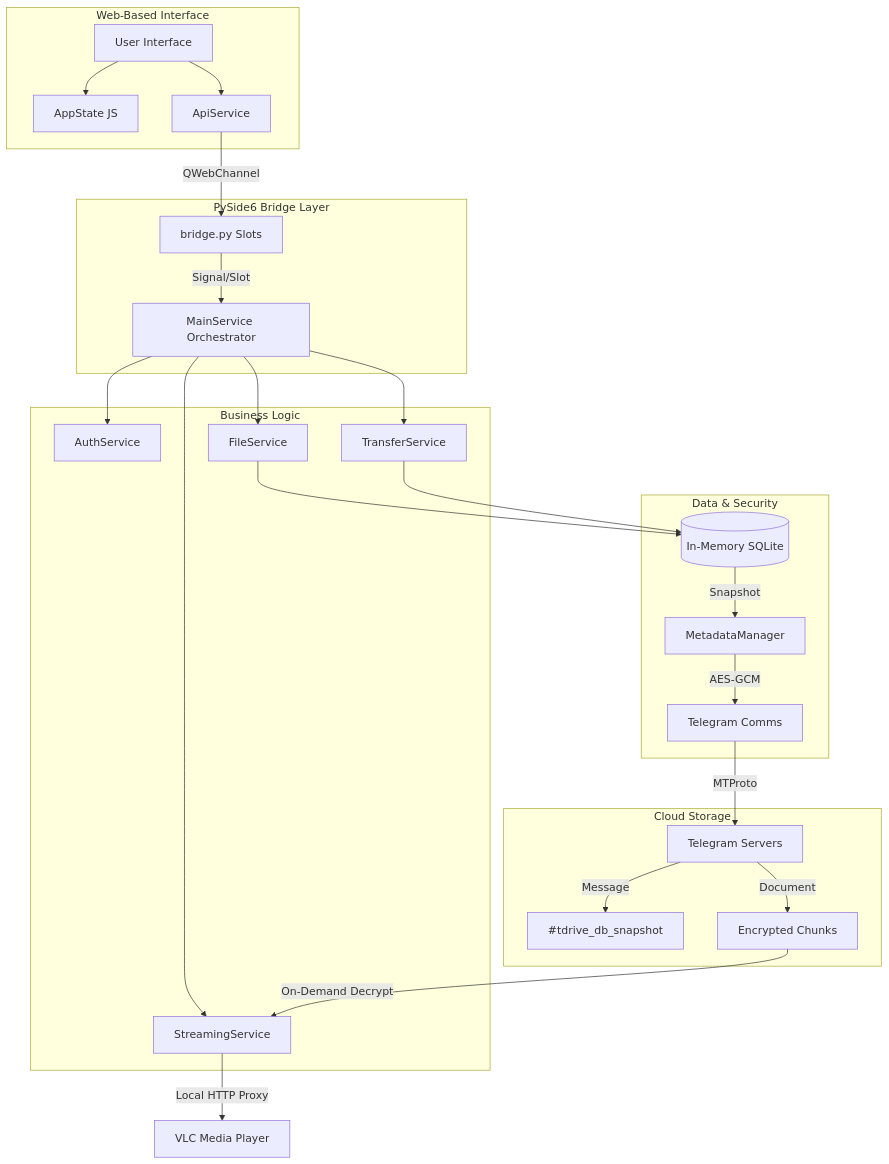
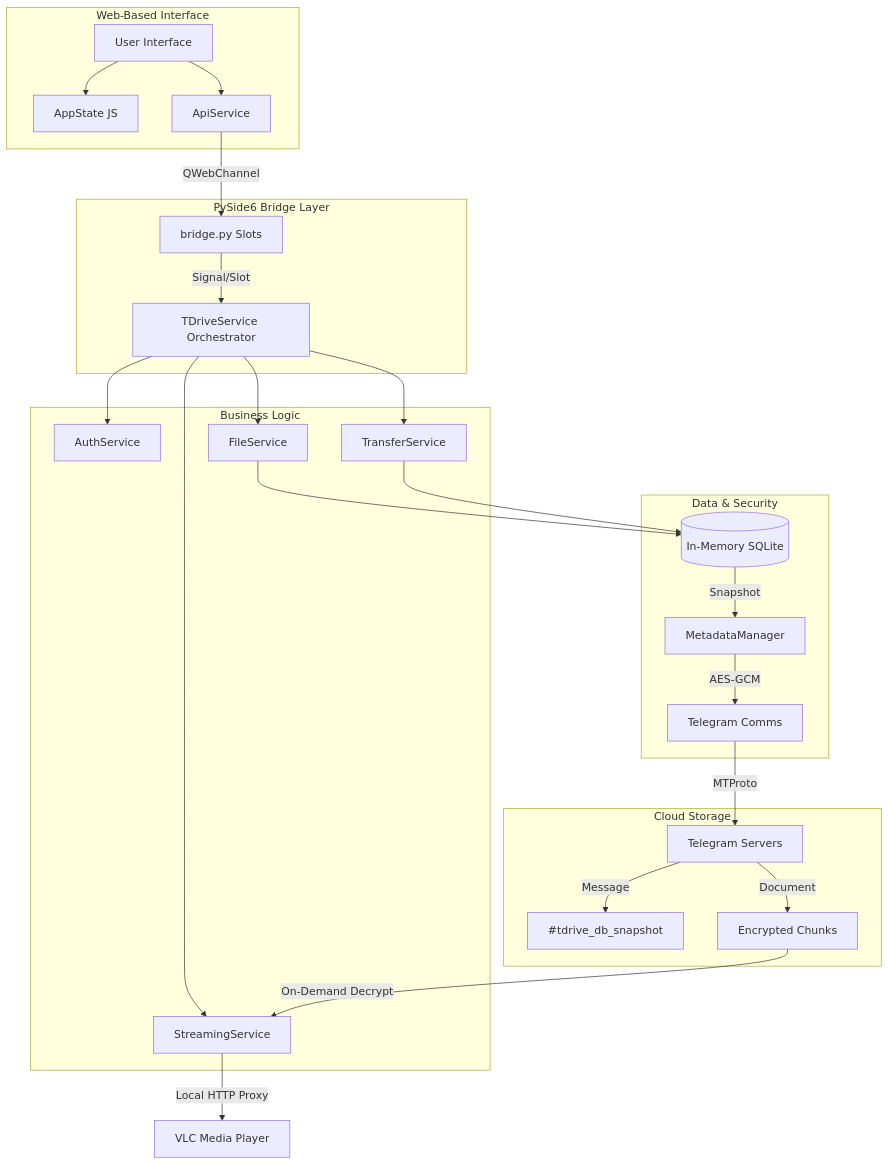
The diagram in README.md (Cyw-twntpc/TDrive), drawn with Mermaid before and after one commit. The commit also changed other lines of this file and 22 other files, not shown here.

````diff
--- a/README.md
+++ b/README.md
@@ -64,34 +64,34 @@
 ```mermaid
 graph TD
     subgraph Frontend_WebUI [Web-Based Interface]
         UI[User Interface] --> State[AppState JS]
         UI --> API_JS[ApiService]
     end
 
     subgraph Python_Bridge [PySide6 Bridge Layer]
         API_JS -- QWebChannel --> Bridge[bridge.py Slots]
-        Bridge -- Signal/Slot --> MS[MainService Orchestrator]
+        Bridge -- Signal/Slot --> MS[TDriveService Orchestrator]
     end
 
     subgraph Core_Services [Business Logic]
         MS --> AS[AuthService]
         MS --> FS[FileService]
         MS --> TS[TransferService]
         MS --> SS[StreamingService]
     end
 
     subgraph Persistence_Layer [Data & Security]
         FS & TS --> DB[(In-Memory SQLite)]
         DB -- Snapshot --> MM[MetadataManager]
         MM -- AES-GCM --> TG_API[Telegram Comms]
     end
 
     subgraph Telegram_Cloud [Cloud Storage]
         TG_API -- MTProto --> Telegram[Telegram Servers]
         Telegram -- Message --> DB_Snap[#tdrive_db_snapshot]
         Telegram -- Document --> File_Chunks[Encrypted Chunks]
     end
 
     SS -- Local HTTP Proxy --> Player[VLC Media Player]
     File_Chunks -- On-Demand Decrypt --> SS
 ```
````
